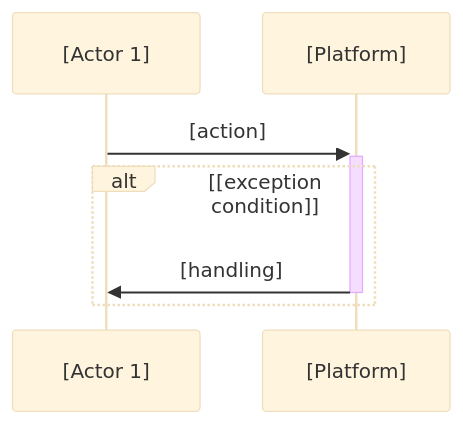
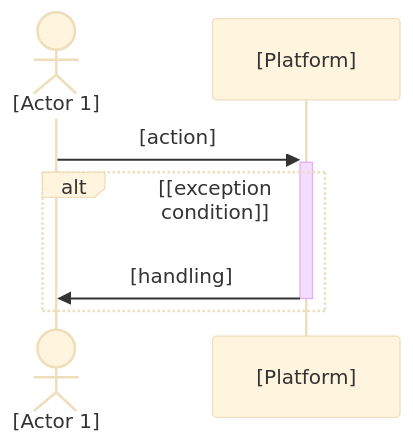
Before and after one commit to paceautomations/madruga.ai: the second of 2 diagrams in .claude/commands/madruga/business-process.md, drawn with Mermaid (base theme). The commit also changed other lines of this file and 4 other files, not shown here.

````diff
--- a/.claude/commands/madruga/business-process.md
+++ b/.claude/commands/madruga/business-process.md
@@ -113,9 +136,9 @@
 ```mermaid
 sequenceDiagram
-    participant [Actor 1]
+    actor [Actor 1]
     participant [Platform]
     [Actor 1]->>+[Platform]: [action]
     alt [exception condition]
         [Platform]->>-[Actor 1]: [handling]
     end
 ```
````
